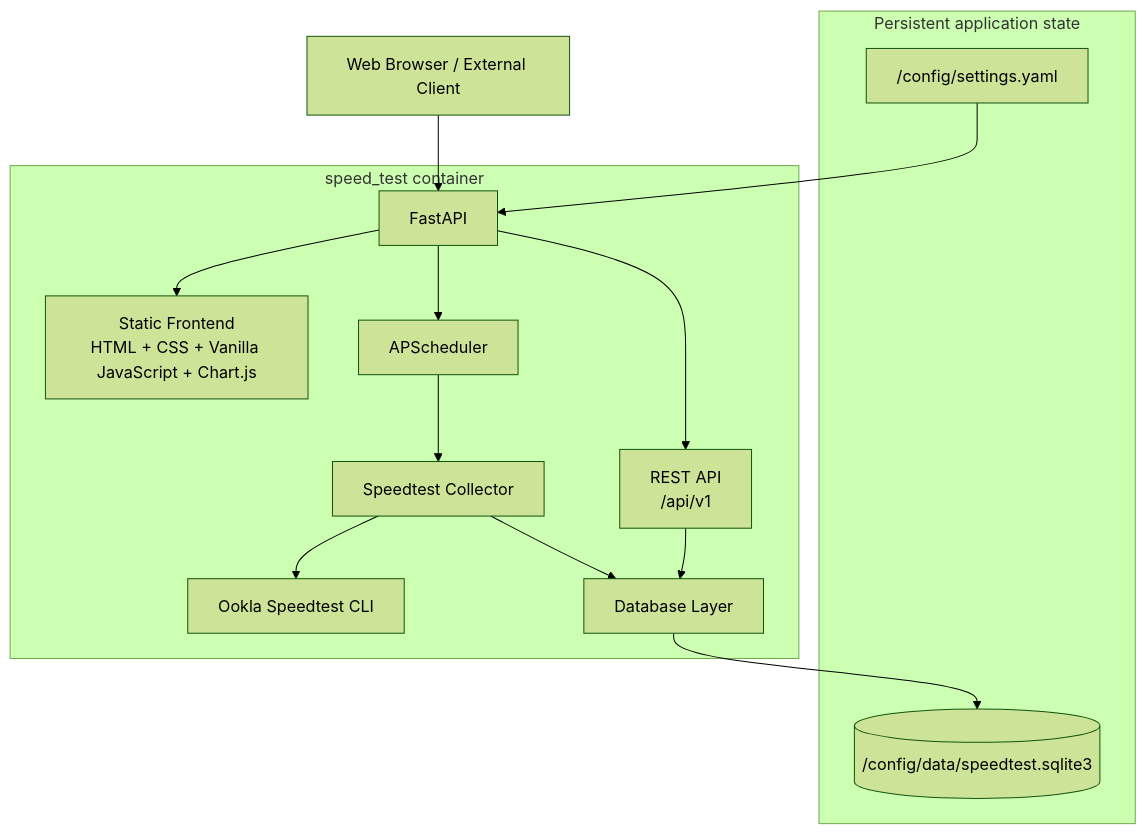
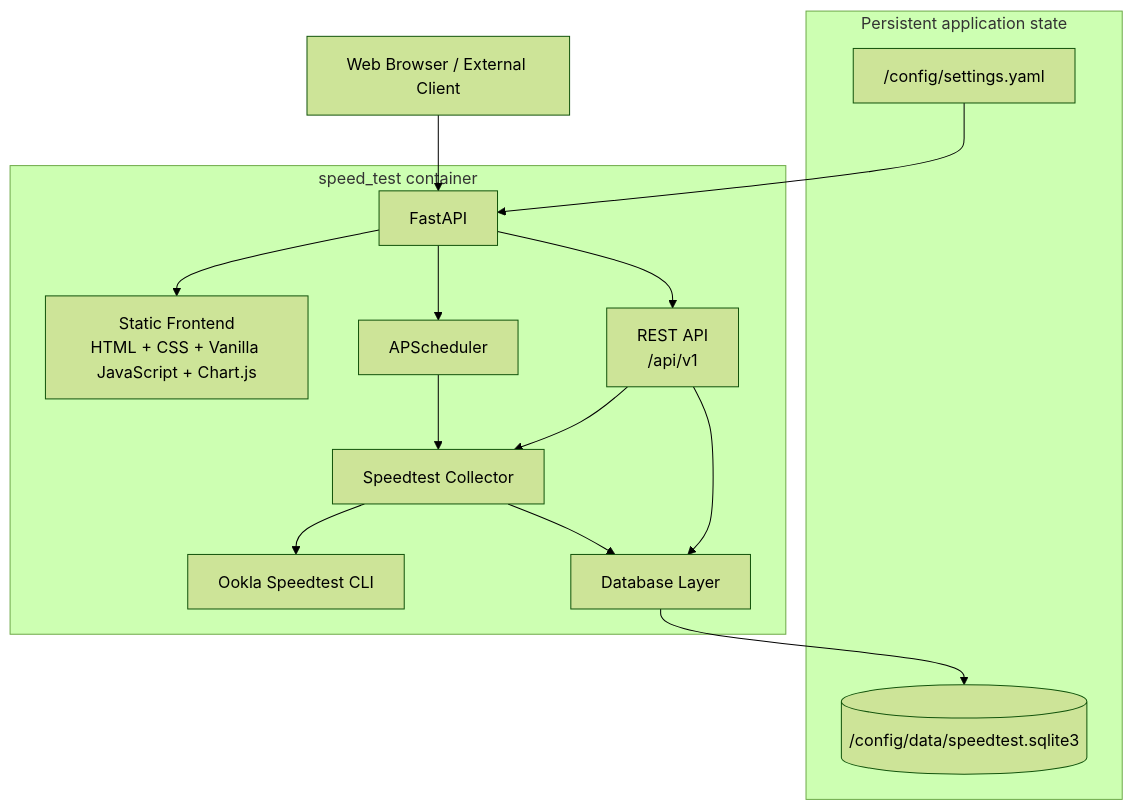
Before and after one commit to cristianCanek/speed_test: the second of 2 diagrams in README.md, drawn with Mermaid (forest theme). The commit also changed other lines of this file and 2 other files, not shown here.

````diff
--- a/README.md
+++ b/README.md
@@ -233,31 +285,32 @@
 ```mermaid
 flowchart TB
     subgraph PersistentState["Persistent application state"]
         Config["/config/settings.yaml"]
         SQLite[("/config/data/speedtest.sqlite3")]
     end
 
     subgraph Container["speed_test container"]
         FastAPI["FastAPI"]
         Frontend["Static Frontend<br/>HTML + CSS + Vanilla JavaScript + Chart.js"]
         API["REST API<br/>/api/v1"]
         Scheduler["APScheduler"]
         Collector["Speedtest Collector"]
         Ookla["Ookla Speedtest CLI"]
         Database["Database Layer"]
 
         FastAPI --> Frontend
         FastAPI --> API
         FastAPI --> Scheduler
         Scheduler --> Collector
+        API --> Collector
         Collector --> Ookla
         Collector --> Database
         API --> Database
     end
 
     Browser["Web Browser / External Client"]
 
     Browser --> FastAPI
     Database --> SQLite
     Config --> FastAPI
 ```
````
